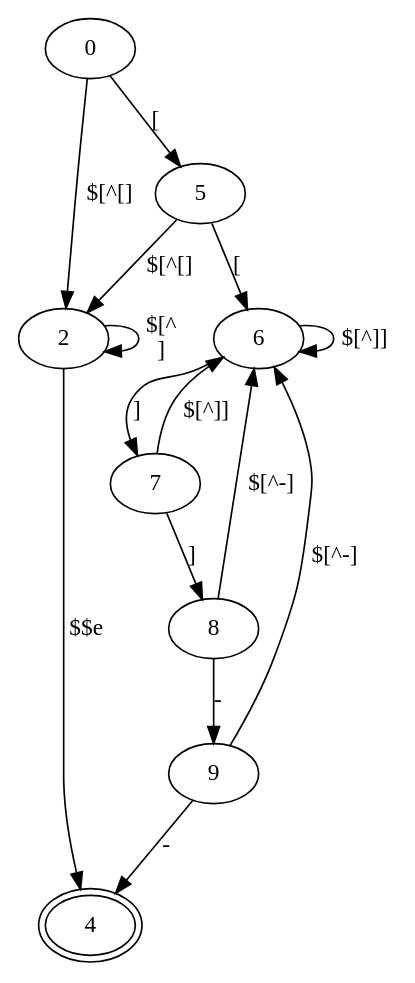
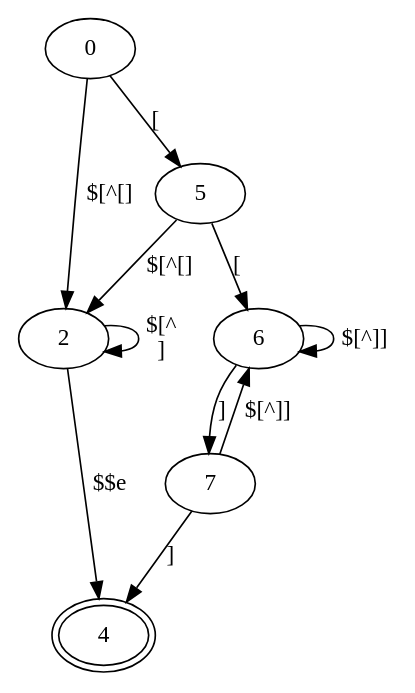
The diagram in lua/commentary.dot (aoyako/682-Lexer), drawn with Graphviz before and after one commit. The commit also changed 12 other files, not shown here.

Commit message:
Add tag diagrams

```diff
--- a/lua/commentary.dot
+++ b/lua/commentary.dot
@@ -1,19 +1,15 @@
 digraph commentary {
     4 [peripheries=2]
 
     0 -> 2 [label="$[^\[]"]
     2 -> 2 [label="$[^\n]"]
     2 -> 4 [label="$$e"]
 
     0 -> 5 [label="["]
     5 -> 2 [label="$[^\[]"]
     5 -> 6 [label="["]
     6 -> 6 [label="$[^\]]"]
     6 -> 7 [label="]"]
     7 -> 6 [label="$[^\]]"]
-    7 -> 8 [label="]"]
-    8 -> 6 [label="$[^\-]"]
-    8 -> 9 [label="-"]
-    9 -> 6 [label="$[^\-]"]
-    9 -> 4 [label="-"]
+    7 -> 4 [label="]"]
 }
```
